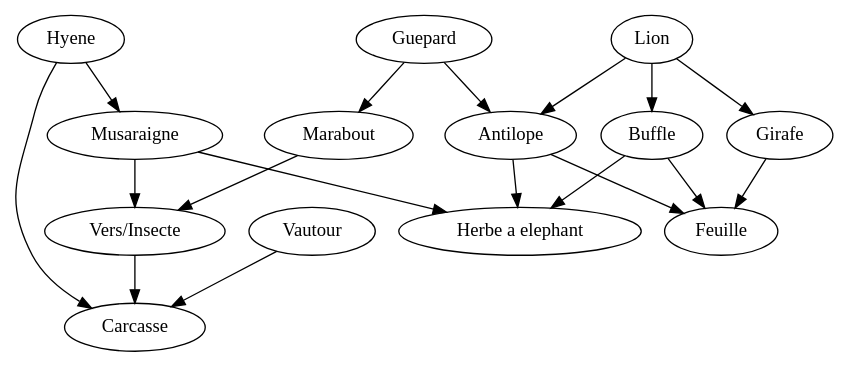
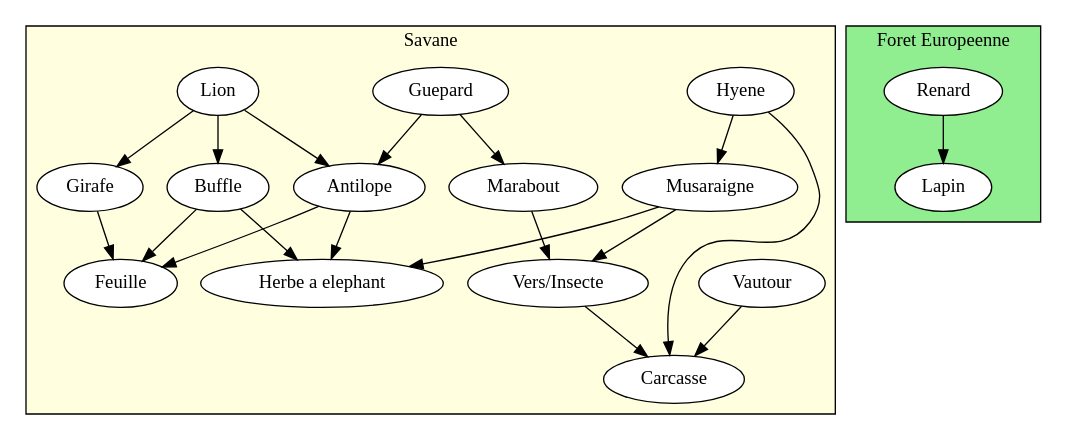
The diagram in test.dot (GTHBgaby/4H-ReseauxTrophiques), drawn with Graphviz before and after one commit.

Commit message:
2 Graphes sur une feuille

```diff
--- a/test.dot
+++ b/test.dot
@@ -1,45 +1,64 @@
-digraph mongraphe {
+digraph multigraphe {
     rankdir=TB; // du haut vers le bas
-    node [shape=ellipse, style=filled, fillcolor=white];
+    compound=true;
+    newrank=true;
 
+    subgraph cluster_0 {
+        label = "Savane";
+        bgcolor = "lightyellow";
+        node [shape=ellipse, style=filled, fillcolor=white];
 
-    "Herbe a elephant"
-    "Feuille"
-    "Carcasse"
-    "Vers/Insecte"
-    "Marabout"
-    "Musaraigne"
-    "Antilope"
-    "Buffle"
-    "Girafe"
-    "Hyene"
-    "Guepard"
-    "Lion"
-    "Vautour"
+        // Relations
+        "Musaraigne" -> "Herbe a elephant"
+        "Antilope" -> "Herbe a elephant"
+        "Buffle" -> "Herbe a elephant"
 
-    "Musaraigne" -> "Herbe a elephant"
-    "Antilope" -> "Herbe a elephant"
-    "Buffle" -> "Herbe a elephant"
+        "Antilope" -> "Feuille"
+        "Buffle" -> "Feuille"
+        "Girafe" -> "Feuille"
 
-    "Antilope" -> "Feuille"
-    "Buffle" -> "Feuille"
-    "Girafe" -> "Feuille"
+        "Vers/Insecte" -> "Carcasse"
+        "Hyene" -> "Carcasse"
+        "Vautour" -> "Carcasse"
 
-    "Vers/Insecte" -> "Carcasse"
-    "Hyene" -> "Carcasse"
-    "Vautour" -> "Carcasse"
+        "Marabout" -> "Vers/Insecte"
+        "Musaraigne" -> "Vers/Insecte"
 
-    "Marabout" -> "Vers/Insecte"
-    "Musaraigne" -> "Vers/Insecte"
+        "Guepard" -> "Marabout"
 
-    "Guepard" -> "Marabout"
+        "Hyene" -> "Musaraigne"
 
-    "Hyene" -> "Musaraigne"
+        "Guepard" -> "Antilope"
+        "Lion" -> "Antilope"
 
-    "Guepard" -> "Antilope"
-    "Lion" -> "Antilope"
+        "Lion" -> "Buffle"
 
-    "Lion" -> "Buffle"
+        "Lion" -> "Girafe"
 
-    "Lion" -> "Girafe"
+        // Force la disposition
+        {rank=same; "Herbe a elephant"}
+        {rank=same; Feuille}
+        {rank=same; Carcasse}
+        {rank=same; "Vers/Insecte"}
+        {rank=same; Marabout}
+        {rank=same; Musaraigne}
+        {rank=same; Antilope}
+        {rank=same; Buffle}
+        {rank=same; Girafe}
+        {rank=same; Hyene}
+        {rank=same; Guepard}
+        {rank=same; Lion}
+        {rank=same; Vautour}
+        }
+
+    subgraph cluster_1 {
+        label = "Foret Europeenne";
+        bgcolor = "lightgreen";
+        node [shape=ellipse, style=filled, fillcolor=white];
+
+        "Renard" -> "Lapin"
+
+        {rank=same; "Renard"}
+        {rank=same; "Lapin"}
+    }
 }
```
